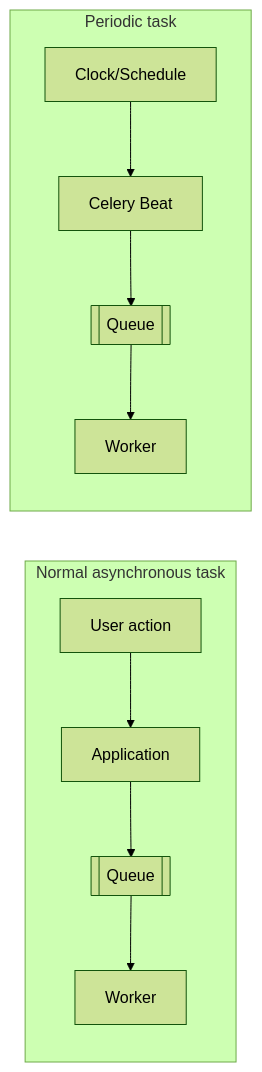
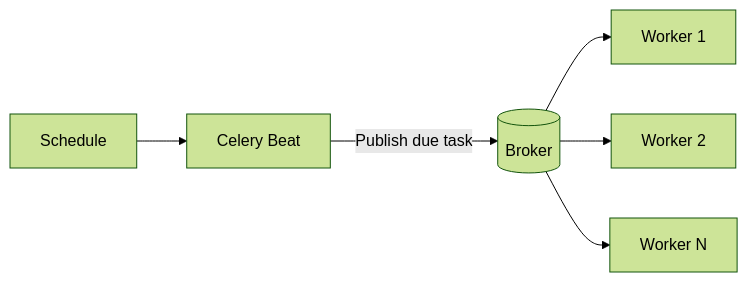
Before and after one commit to AvadhBhalodiya/Interview-Preparation: the first of 4 diagrams in src/content/task-processing/celery-beat-periodic-tasks.md, drawn with Mermaid (forest theme). The commit also changed other lines of this file and 80 other files, not shown here.

````diff
--- a/src/content/task-processing/celery-beat-periodic-tasks.md
+++ b/src/content/task-processing/celery-beat-periodic-tasks.md
@@ -57,13 +24,8 @@
 ```mermaid
 flowchart LR
-    subgraph NORMAL[Normal asynchronous task]
-        U[User action] --> A[Application]
-        A --> Q1[[Queue]]
-        Q1 --> W1[Worker]
-    end
-    subgraph PERIODIC[Periodic task]
-        S["Clock/Schedule"] --> B[Celery Beat]
-        B --> Q2[[Queue]]
-        Q2 --> W2[Worker]
-    end
+    S[Schedule] --> B[Celery Beat]
+    B -->|Publish due task| Q[(Broker)]
+    Q --> W1[Worker 1]
+    Q --> W2[Worker 2]
+    Q --> WN[Worker N]
 ```
````
